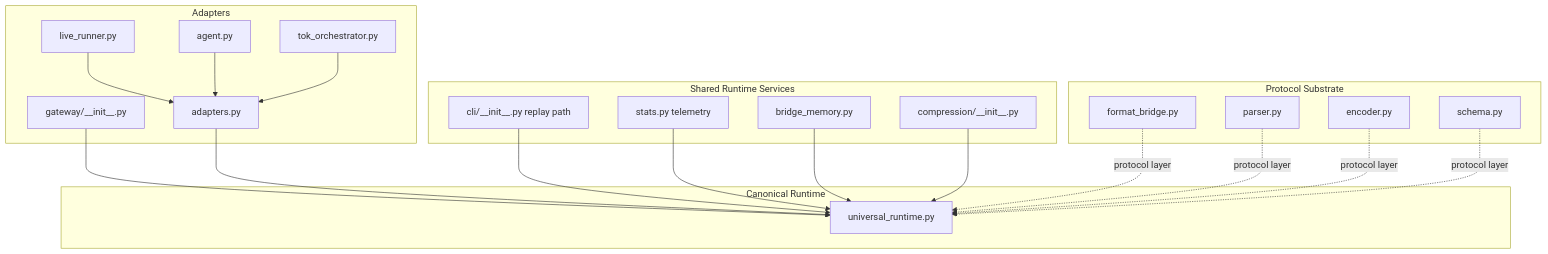
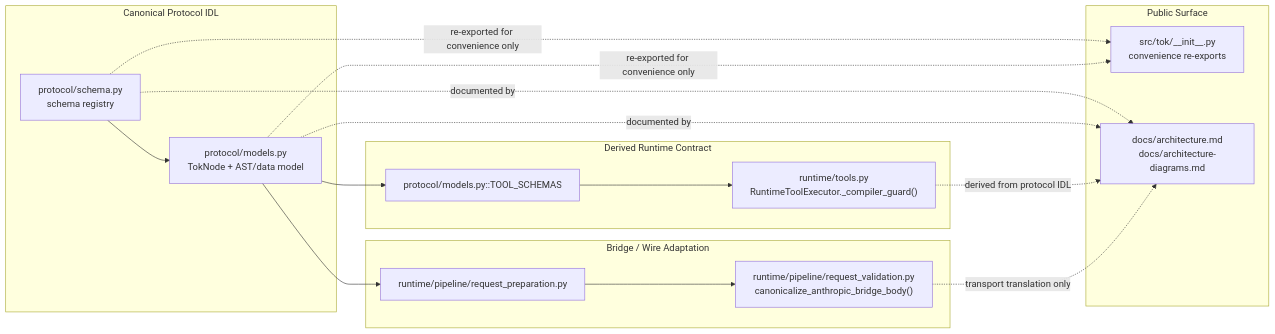
One commit to tokmacher/tok changed the fifth of 8 diagrams in docs/architecture-diagrams.md. Above: the diagram before and after it, drawn with Mermaid. The commit also changed other lines of this file and 20 other files, not shown here.

````diff
--- a/docs/architecture-diagrams.md
+++ b/docs/architecture-diagrams.md
@@ -91,42 +91,34 @@
 ```mermaid
-flowchart TB
-    subgraph Canonical["Canonical Runtime"]
-        RT["universal_runtime.py"]
+flowchart LR
+    subgraph Canonical["Canonical Protocol IDL"]
+        SC["protocol/schema.py<br/>schema registry"]
+        MD["protocol/models.py<br/>TokNode + AST/data model"]
     end
 
-    subgraph Adapters["Adapters"]
-        GW["gateway/__init__.py"]
-        AD["adapters.py"]
-        LR["live_runner.py"]
-        AG["agent.py"]
-        TO["tok_orchestrator.py"]
+    subgraph Derived["Derived Runtime Contract"]
+        TS["protocol/models.py::TOOL_SCHEMAS"]
+        RTT["runtime/tools.py<br/>RuntimeToolExecutor._compiler_guard()"]
     end
 
-    subgraph Protocol["Protocol Substrate"]
-        FB["format_bridge.py"]
-        PA["parser.py"]
-        EN["encoder.py"]
-        SC["schema.py"]
+    subgraph Wire["Bridge / Wire Adaptation"]
+        RP["runtime/pipeline/request_preparation.py"]
+        RV["runtime/pipeline/request_validation.py<br/>canonicalize_anthropic_bridge_body()"]
     end
 
-    subgraph Shared["Shared Runtime Services"]
-        CL["cli/__init__.py replay path"]
-        ST["stats.py telemetry"]
-        BM["bridge_memory.py"]
-        CP["compression/__init__.py"]
+    subgraph Public["Public Surface"]
+        EX["src/tok/__init__.py<br/>convenience re-exports"]
+        DOC["docs/architecture.md<br/>docs/architecture-diagrams.md"]
     end
 
-    GW --> RT
-    AD --> RT
-    LR --> AD
-    AG --> AD
-    TO --> AD
-    CL --> RT
-    ST --> RT
-    BM --> RT
-    CP --> RT
-    FB -. protocol layer .-> RT
-    PA -. protocol layer .-> RT
-    EN -. protocol layer .-> RT
-    SC -. protocol layer .-> RT
+    SC --> MD
+    MD --> TS
+    TS --> RTT
+    MD --> RP
+    RP --> RV
+    SC -. documented by .-> DOC
+    MD -. documented by .-> DOC
+    SC -. re-exported for convenience only .-> EX
+    MD -. re-exported for convenience only .-> EX
+    RTT -. derived from protocol IDL .-> DOC
+    RV -. transport translation only .-> DOC
 ```
````
